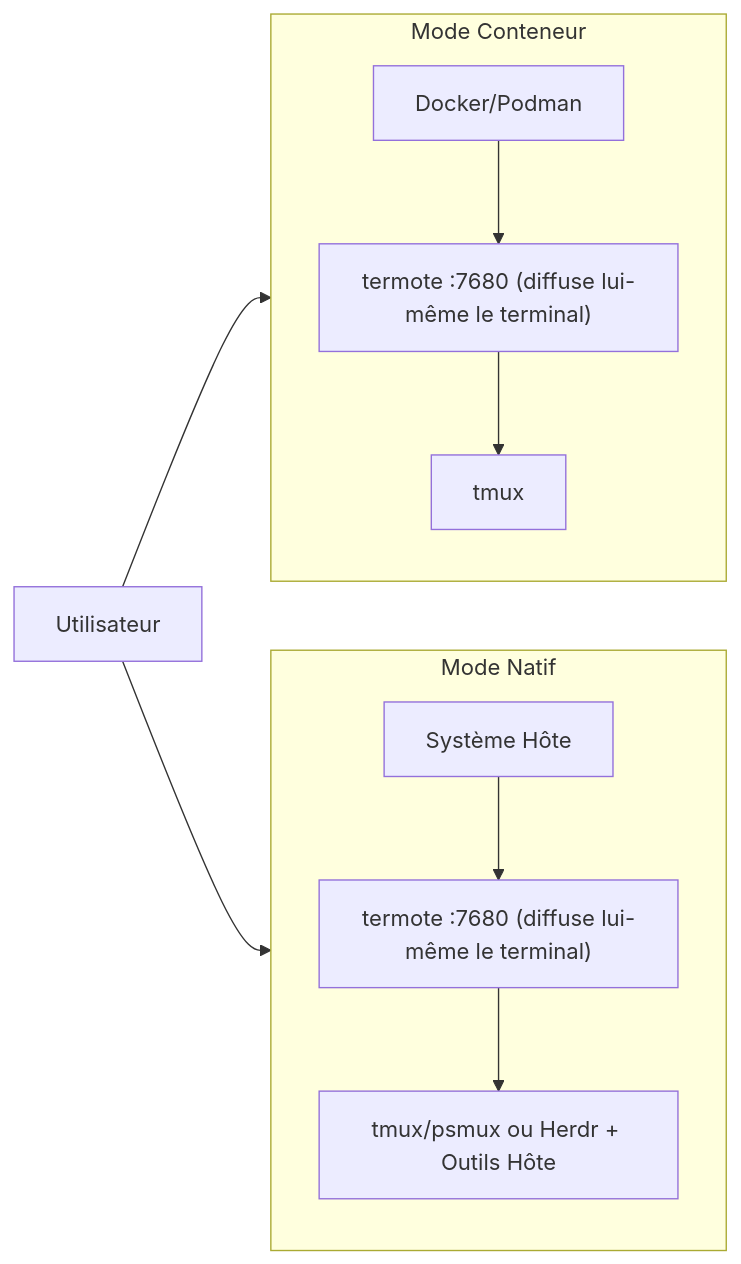
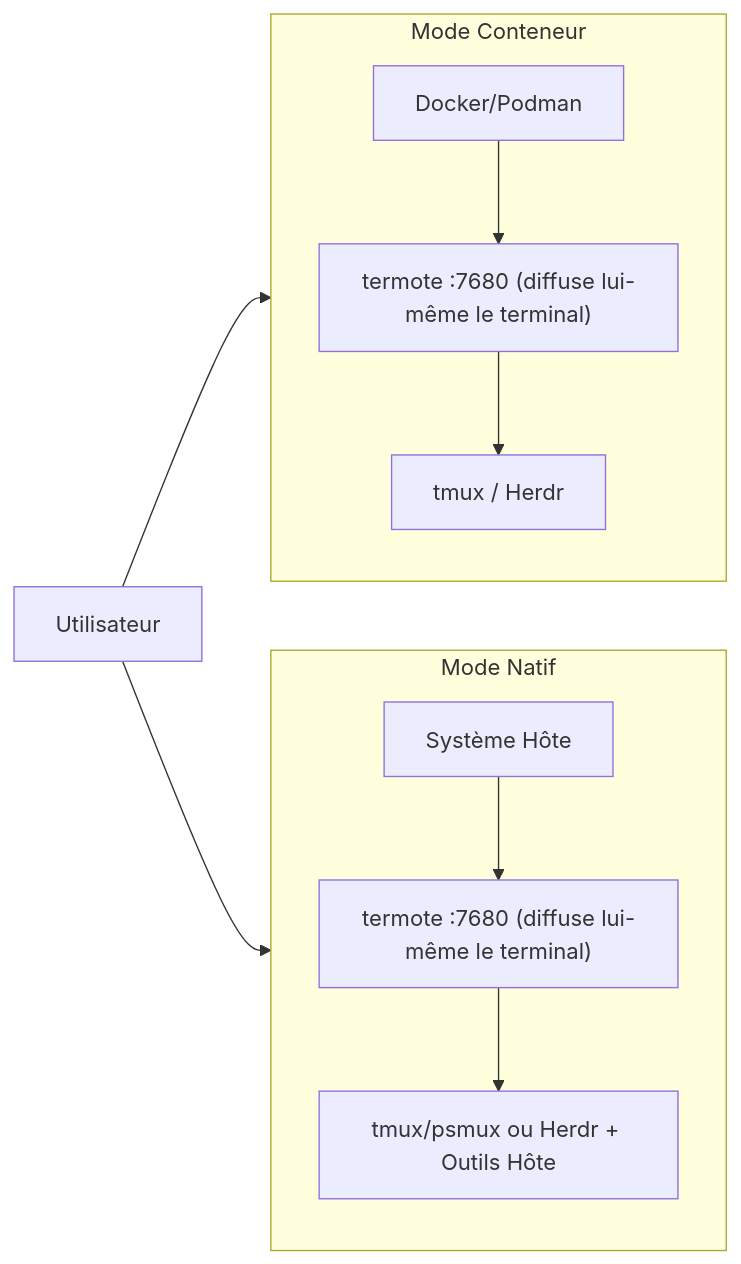
Before and after one commit to lamngockhuong/termote: the second of 2 diagrams in README.fr.md, drawn with Mermaid. The commit also changed other lines of this file and 36 other files, not shown here.

````diff
--- a/README.fr.md
+++ b/README.fr.md
@@ -217,14 +217,14 @@
 ```mermaid
 flowchart LR
     subgraph Container["Mode Conteneur"]
         direction TB
-        C1["Docker/Podman"] --> C2["termote :7680 (diffuse lui-même le terminal)"] --> C3["tmux"]
+        C1["Docker/Podman"] --> C2["termote :7680 (diffuse lui-même le terminal)"] --> C3["tmux / Herdr"]
     end
 
     subgraph Native["Mode Natif"]
         direction TB
         N1["Système Hôte"] --> N2["termote :7680 (diffuse lui-même le terminal)"] --> N3["tmux/psmux ou Herdr + Outils Hôte"]
     end
 
     User["Utilisateur"] --> Container & Native
 ```
````
